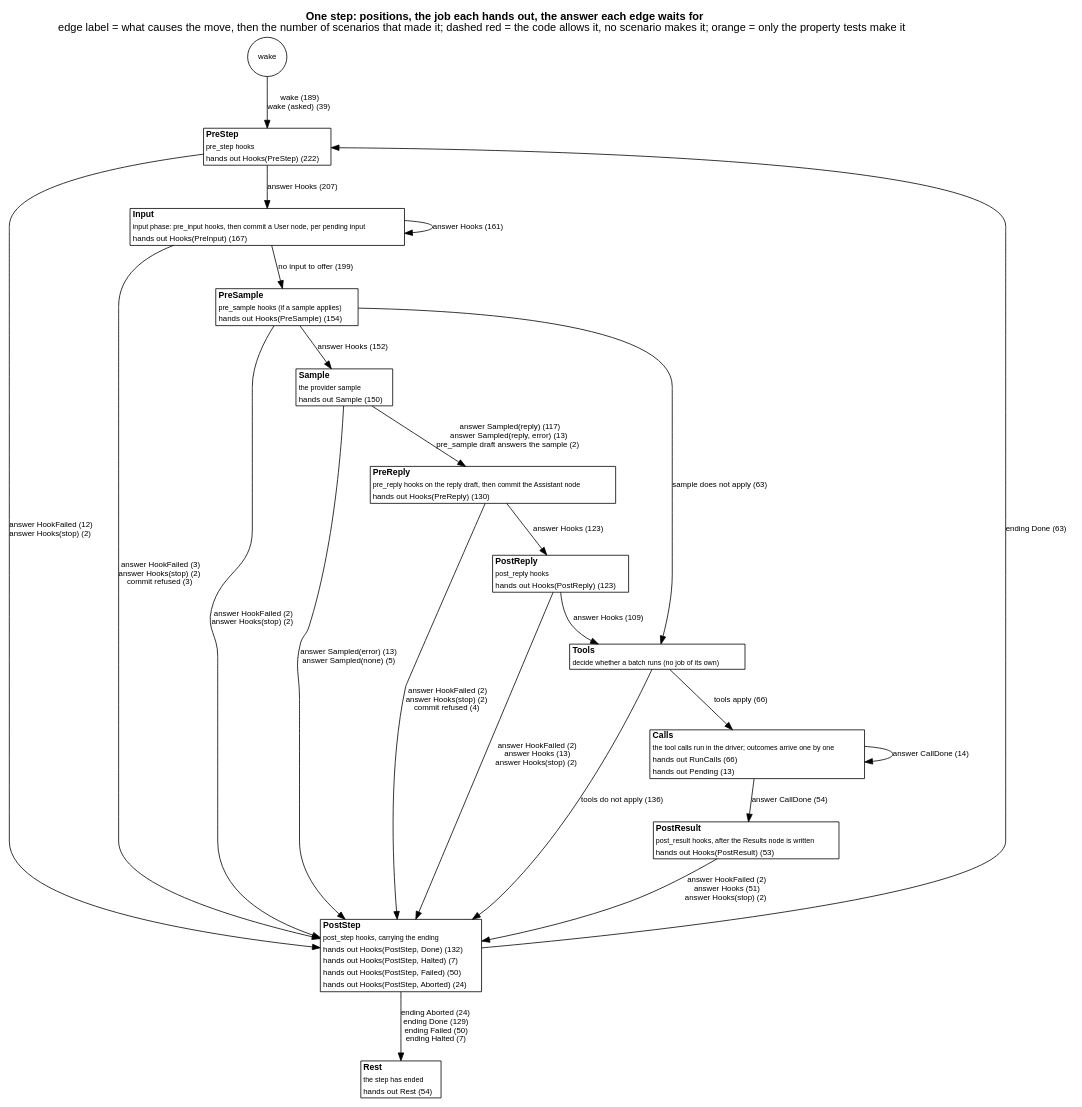
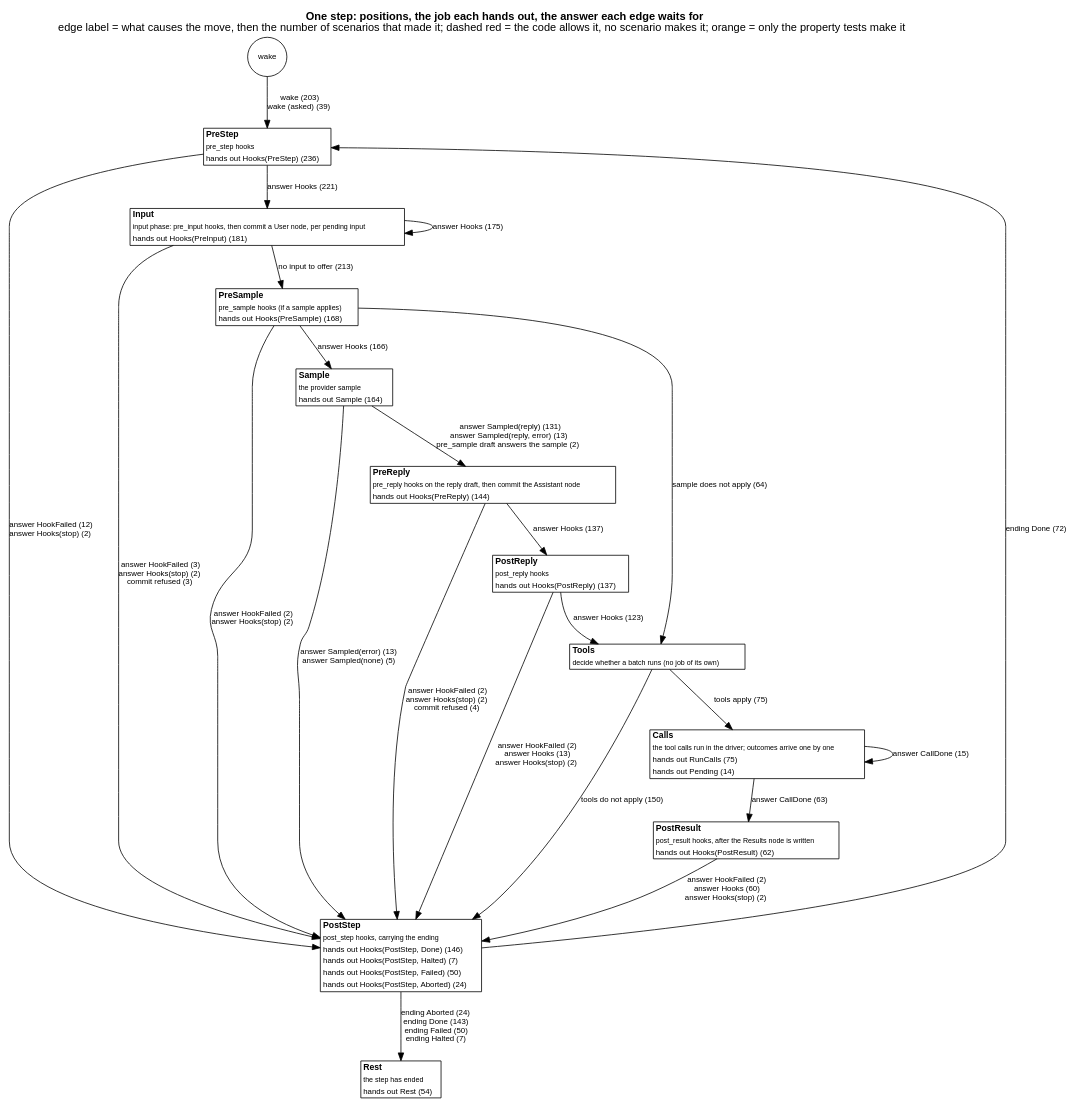
The diagram in docs/as-built/diagrams/step-positions.dot (jmccardle/tau), drawn with Graphviz before and after one commit. The commit also changed 21 other files, not shown here.

First line of the commit message:
D16 stage 1: one type language, functions as tools, typed questions

```diff
--- a/docs/as-built/diagrams/step-positions.dot
+++ b/docs/as-built/diagrams/step-positions.dot
@@ -1,40 +1,40 @@
 // Generated by scripts/diagrams.sh from the test suites' transitions. Do not edit.
 digraph step_positions {
   graph [rankdir=TB, fontname="Helvetica", nodesep=0.5, ranksep=0.6, labelloc=t, label=<<b>One step: positions, the job each hands out, the answer each edge waits for</b><br/>edge label = what causes the move, then the number of scenarios that made it; dashed red = the code allows it, no scenario makes it; orange = only the property tests make it>];
   node [shape=plain, fontname="Helvetica", fontsize=11];
   edge [fontname="Helvetica", fontsize=10];
   "(wake)" [shape=circle, label="wake", fontsize=10];
-  "PreStep" [label=<<table border="1" cellborder="0" cellspacing="0" bgcolor="white"><tr><td align="left"><b>PreStep</b></td></tr><tr><td align="left"><font point-size="9">pre_step hooks</font></td></tr><tr><td align="left"><font color="black" point-size="10">hands out Hooks(PreStep) (222)</font></td></tr></table>>];
-  "Input" [label=<<table border="1" cellborder="0" cellspacing="0" bgcolor="white"><tr><td align="left"><b>Input</b></td></tr><tr><td align="left"><font point-size="9">input phase: pre_input hooks, then commit a User node, per pending input</font></td></tr><tr><td align="left"><font color="black" point-size="10">hands out Hooks(PreInput) (167)</font></td></tr></table>>];
-  "PreSample" [label=<<table border="1" cellborder="0" cellspacing="0" bgcolor="white"><tr><td align="left"><b>PreSample</b></td></tr><tr><td align="left"><font point-size="9">pre_sample hooks (if a sample applies)</font></td></tr><tr><td align="left"><font color="black" point-size="10">hands out Hooks(PreSample) (154)</font></td></tr></table>>];
-  "Sample" [label=<<table border="1" cellborder="0" cellspacing="0" bgcolor="white"><tr><td align="left"><b>Sample</b></td></tr><tr><td align="left"><font point-size="9">the provider sample</font></td></tr><tr><td align="left"><font color="black" point-size="10">hands out Sample (150)</font></td></tr></table>>];
-  "PreReply" [label=<<table border="1" cellborder="0" cellspacing="0" bgcolor="white"><tr><td align="left"><b>PreReply</b></td></tr><tr><td align="left"><font point-size="9">pre_reply hooks on the reply draft, then commit the Assistant node</font></td></tr><tr><td align="left"><font color="black" point-size="10">hands out Hooks(PreReply) (130)</font></td></tr></table>>];
-  "PostReply" [label=<<table border="1" cellborder="0" cellspacing="0" bgcolor="white"><tr><td align="left"><b>PostReply</b></td></tr><tr><td align="left"><font point-size="9">post_reply hooks</font></td></tr><tr><td align="left"><font color="black" point-size="10">hands out Hooks(PostReply) (123)</font></td></tr></table>>];
+  "PreStep" [label=<<table border="1" cellborder="0" cellspacing="0" bgcolor="white"><tr><td align="left"><b>PreStep</b></td></tr><tr><td align="left"><font point-size="9">pre_step hooks</font></td></tr><tr><td align="left"><font color="black" point-size="10">hands out Hooks(PreStep) (236)</font></td></tr></table>>];
+  "Input" [label=<<table border="1" cellborder="0" cellspacing="0" bgcolor="white"><tr><td align="left"><b>Input</b></td></tr><tr><td align="left"><font point-size="9">input phase: pre_input hooks, then commit a User node, per pending input</font></td></tr><tr><td align="left"><font color="black" point-size="10">hands out Hooks(PreInput) (181)</font></td></tr></table>>];
+  "PreSample" [label=<<table border="1" cellborder="0" cellspacing="0" bgcolor="white"><tr><td align="left"><b>PreSample</b></td></tr><tr><td align="left"><font point-size="9">pre_sample hooks (if a sample applies)</font></td></tr><tr><td align="left"><font color="black" point-size="10">hands out Hooks(PreSample) (168)</font></td></tr></table>>];
+  "Sample" [label=<<table border="1" cellborder="0" cellspacing="0" bgcolor="white"><tr><td align="left"><b>Sample</b></td></tr><tr><td align="left"><font point-size="9">the provider sample</font></td></tr><tr><td align="left"><font color="black" point-size="10">hands out Sample (164)</font></td></tr></table>>];
+  "PreReply" [label=<<table border="1" cellborder="0" cellspacing="0" bgcolor="white"><tr><td align="left"><b>PreReply</b></td></tr><tr><td align="left"><font point-size="9">pre_reply hooks on the reply draft, then commit the Assistant node</font></td></tr><tr><td align="left"><font color="black" point-size="10">hands out Hooks(PreReply) (144)</font></td></tr></table>>];
+  "PostReply" [label=<<table border="1" cellborder="0" cellspacing="0" bgcolor="white"><tr><td align="left"><b>PostReply</b></td></tr><tr><td align="left"><font point-size="9">post_reply hooks</font></td></tr><tr><td align="left"><font color="black" point-size="10">hands out Hooks(PostReply) (137)</font></td></tr></table>>];
   "Tools" [label=<<table border="1" cellborder="0" cellspacing="0" bgcolor="white"><tr><td align="left"><b>Tools</b></td></tr><tr><td align="left"><font point-size="9">decide whether a batch runs (no job of its own)</font></td></tr></table>>];
-  "Calls" [label=<<table border="1" cellborder="0" cellspacing="0" bgcolor="white"><tr><td align="left"><b>Calls</b></td></tr><tr><td align="left"><font point-size="9">the tool calls run in the driver; outcomes arrive one by one</font></td></tr><tr><td align="left"><font color="black" point-size="10">hands out RunCalls (66)</font></td></tr><tr><td align="left"><font color="black" point-size="10">hands out Pending (13)</font></td></tr></table>>];
-  "PostResult" [label=<<table border="1" cellborder="0" cellspacing="0" bgcolor="white"><tr><td align="left"><b>PostResult</b></td></tr><tr><td align="left"><font point-size="9">post_result hooks, after the Results node is written</font></td></tr><tr><td align="left"><font color="black" point-size="10">hands out Hooks(PostResult) (53)</font></td></tr></table>>];
-  "PostStep" [label=<<table border="1" cellborder="0" cellspacing="0" bgcolor="white"><tr><td align="left"><b>PostStep</b></td></tr><tr><td align="left"><font point-size="9">post_step hooks, carrying the ending</font></td></tr><tr><td align="left"><font color="black" point-size="10">hands out Hooks(PostStep, Done) (132)</font></td></tr><tr><td align="left"><font color="black" point-size="10">hands out Hooks(PostStep, Halted) (7)</font></td></tr><tr><td align="left"><font color="black" point-size="10">hands out Hooks(PostStep, Failed) (50)</font></td></tr><tr><td align="left"><font color="black" point-size="10">hands out Hooks(PostStep, Aborted) (24)</font></td></tr></table>>];
+  "Calls" [label=<<table border="1" cellborder="0" cellspacing="0" bgcolor="white"><tr><td align="left"><b>Calls</b></td></tr><tr><td align="left"><font point-size="9">the tool calls run in the driver; outcomes arrive one by one</font></td></tr><tr><td align="left"><font color="black" point-size="10">hands out RunCalls (75)</font></td></tr><tr><td align="left"><font color="black" point-size="10">hands out Pending (14)</font></td></tr></table>>];
+  "PostResult" [label=<<table border="1" cellborder="0" cellspacing="0" bgcolor="white"><tr><td align="left"><b>PostResult</b></td></tr><tr><td align="left"><font point-size="9">post_result hooks, after the Results node is written</font></td></tr><tr><td align="left"><font color="black" point-size="10">hands out Hooks(PostResult) (62)</font></td></tr></table>>];
+  "PostStep" [label=<<table border="1" cellborder="0" cellspacing="0" bgcolor="white"><tr><td align="left"><b>PostStep</b></td></tr><tr><td align="left"><font point-size="9">post_step hooks, carrying the ending</font></td></tr><tr><td align="left"><font color="black" point-size="10">hands out Hooks(PostStep, Done) (146)</font></td></tr><tr><td align="left"><font color="black" point-size="10">hands out Hooks(PostStep, Halted) (7)</font></td></tr><tr><td align="left"><font color="black" point-size="10">hands out Hooks(PostStep, Failed) (50)</font></td></tr><tr><td align="left"><font color="black" point-size="10">hands out Hooks(PostStep, Aborted) (24)</font></td></tr></table>>];
   "Rest" [label=<<table border="1" cellborder="0" cellspacing="0" bgcolor="white"><tr><td align="left"><b>Rest</b></td></tr><tr><td align="left"><font point-size="9">the step has ended</font></td></tr><tr><td align="left"><font color="black" point-size="10">hands out Rest (54)</font></td></tr></table>>];
-  "(wake)" -> "PreStep" [label=<wake (189)<br/>wake (asked) (39)>, color="black", style=solid];
-  "Calls" -> "Calls" [label=<answer CallDone (14)>, color="black", style=solid];
-  "Calls" -> "PostResult" [label=<answer CallDone (54)>, color="black", style=solid];
-  "Input" -> "Input" [label=<answer Hooks (161)>, color="black", style=solid];
+  "(wake)" -> "PreStep" [label=<wake (203)<br/>wake (asked) (39)>, color="black", style=solid];
+  "Calls" -> "Calls" [label=<answer CallDone (15)>, color="black", style=solid];
+  "Calls" -> "PostResult" [label=<answer CallDone (63)>, color="black", style=solid];
+  "Input" -> "Input" [label=<answer Hooks (175)>, color="black", style=solid];
   "Input" -> "PostStep" [label=<answer HookFailed (3)<br/>answer Hooks(stop) (2)<br/>commit refused (3)>, color="black", style=solid];
-  "Input" -> "PreSample" [label=<no input to offer (199)>, color="black", style=solid];
+  "Input" -> "PreSample" [label=<no input to offer (213)>, color="black", style=solid];
   "PostReply" -> "PostStep" [label=<answer HookFailed (2)<br/>answer Hooks (13)<br/>answer Hooks(stop) (2)>, color="black", style=solid];
-  "PostReply" -> "Tools" [label=<answer Hooks (109)>, color="black", style=solid];
-  "PostResult" -> "PostStep" [label=<answer HookFailed (2)<br/>answer Hooks (51)<br/>answer Hooks(stop) (2)>, color="black", style=solid];
-  "PostStep" -> "PreStep" [label=<ending Done (63)>, color="black", style=solid];
-  "PostStep" -> "Rest" [label=<ending Aborted (24)<br/>ending Done (129)<br/>ending Failed (50)<br/>ending Halted (7)>, color="black", style=solid];
-  "PreReply" -> "PostReply" [label=<answer Hooks (123)>, color="black", style=solid];
+  "PostReply" -> "Tools" [label=<answer Hooks (123)>, color="black", style=solid];
+  "PostResult" -> "PostStep" [label=<answer HookFailed (2)<br/>answer Hooks (60)<br/>answer Hooks(stop) (2)>, color="black", style=solid];
+  "PostStep" -> "PreStep" [label=<ending Done (72)>, color="black", style=solid];
+  "PostStep" -> "Rest" [label=<ending Aborted (24)<br/>ending Done (143)<br/>ending Failed (50)<br/>ending Halted (7)>, color="black", style=solid];
+  "PreReply" -> "PostReply" [label=<answer Hooks (137)>, color="black", style=solid];
   "PreReply" -> "PostStep" [label=<answer HookFailed (2)<br/>answer Hooks(stop) (2)<br/>commit refused (4)>, color="black", style=solid];
   "PreSample" -> "PostStep" [label=<answer HookFailed (2)<br/>answer Hooks(stop) (2)>, color="black", style=solid];
-  "PreSample" -> "Sample" [label=<answer Hooks (152)>, color="black", style=solid];
-  "PreSample" -> "Tools" [label=<sample does not apply (63)>, color="black", style=solid];
-  "PreStep" -> "Input" [label=<answer Hooks (207)>, color="black", style=solid];
+  "PreSample" -> "Sample" [label=<answer Hooks (166)>, color="black", style=solid];
+  "PreSample" -> "Tools" [label=<sample does not apply (64)>, color="black", style=solid];
+  "PreStep" -> "Input" [label=<answer Hooks (221)>, color="black", style=solid];
   "PreStep" -> "PostStep" [label=<answer HookFailed (12)<br/>answer Hooks(stop) (2)>, color="black", style=solid];
   "Sample" -> "PostStep" [label=<answer Sampled(error) (13)<br/>answer Sampled(none) (5)>, color="black", style=solid];
-  "Sample" -> "PreReply" [label=<answer Sampled(reply) (117)<br/>answer Sampled(reply, error) (13)<br/>pre_sample draft answers the sample (2)>, color="black", style=solid];
-  "Tools" -> "Calls" [label=<tools apply (66)>, color="black", style=solid];
-  "Tools" -> "PostStep" [label=<tools do not apply (136)>, color="black", style=solid];
+  "Sample" -> "PreReply" [label=<answer Sampled(reply) (131)<br/>answer Sampled(reply, error) (13)<br/>pre_sample draft answers the sample (2)>, color="black", style=solid];
+  "Tools" -> "Calls" [label=<tools apply (75)>, color="black", style=solid];
+  "Tools" -> "PostStep" [label=<tools do not apply (150)>, color="black", style=solid];
 }
```
